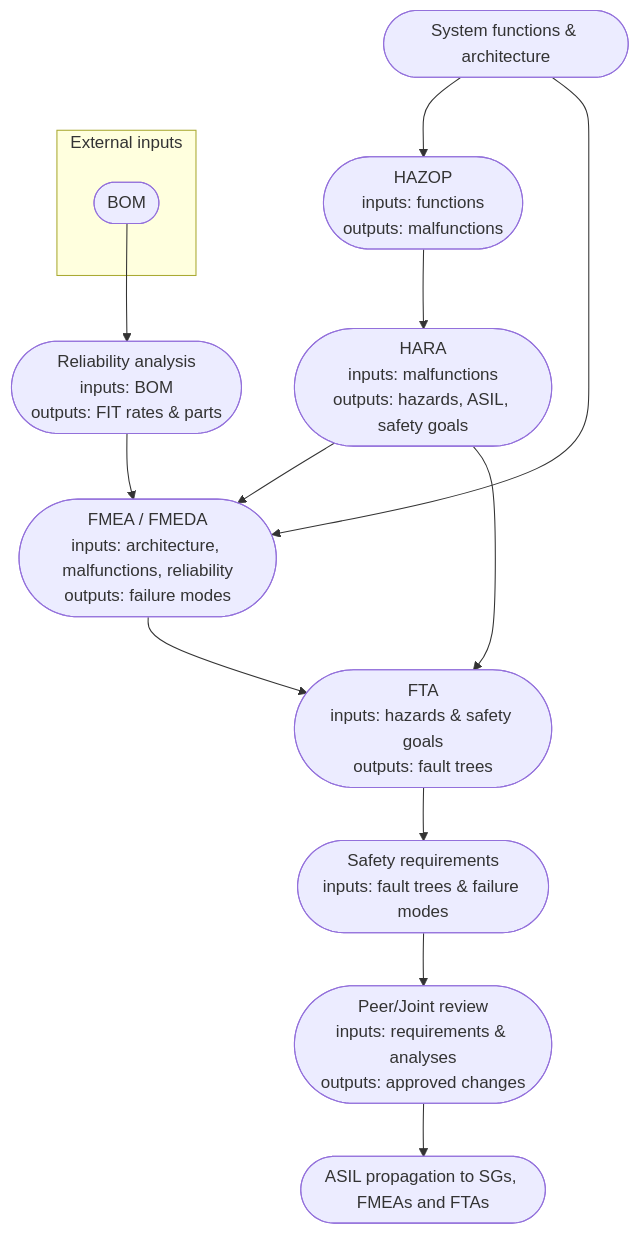
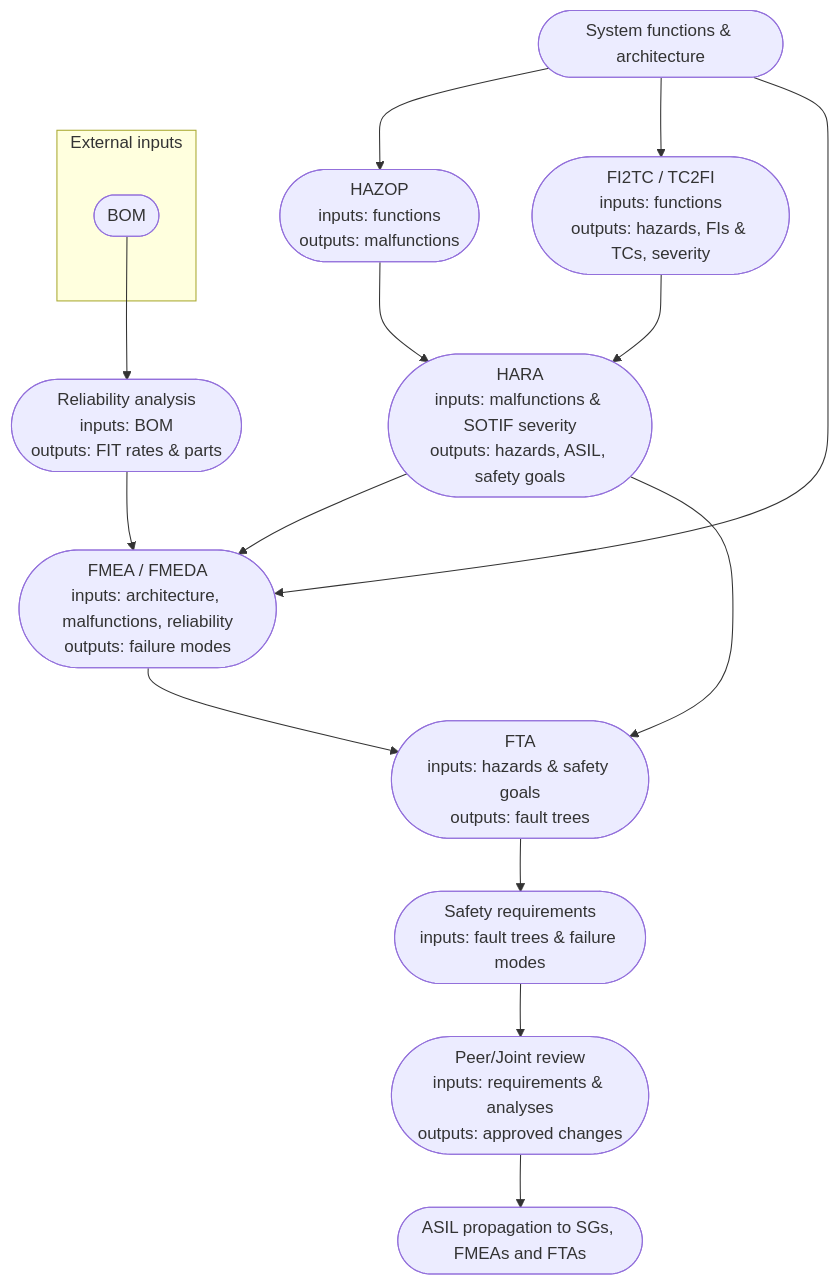
Before and after one commit to MelkorBalrog/AutoSafeguard-Analyzer: the first of 29 diagrams in README.md, drawn with Mermaid. The commit also changed other lines of this file, not shown here.

Commit message:
Document FI2TC/TC2FI SOTIF hazard workflow

````diff
--- a/README.md
+++ b/README.md
@@ -11,17 +11,19 @@
 ```mermaid
 flowchart TD
     subgraph ext [External inputs]
         X([BOM])
     end
     X --> R([Reliability analysis<br/>inputs: BOM<br/>outputs: FIT rates & parts])
     A([System functions & architecture]) --> B([HAZOP<br/>inputs: functions<br/>outputs: malfunctions])
-    B --> C([HARA<br/>inputs: malfunctions<br/>outputs: hazards, ASIL, safety goals])
+    A --> S([FI2TC / TC2FI<br/>inputs: functions<br/>outputs: hazards, FIs & TCs, severity])
+    B --> C([HARA<br/>inputs: malfunctions & SOTIF severity<br/>outputs: hazards, ASIL, safety goals])
+    S --> C
     A --> D([FMEA / FMEDA<br/>inputs: architecture, malfunctions, reliability<br/>outputs: failure modes])
     R --> D
     C --> D
     C --> E([FTA<br/>inputs: hazards & safety goals<br/>outputs: fault trees])
     D --> E
     E --> F([Safety requirements<br/>inputs: fault trees & failure modes])
     F --> G([Peer/Joint review<br/>inputs: requirements & analyses<br/>outputs: approved changes])
     G --> H([ASIL propagation to SGs, FMEAs and FTAs])
 ```
````
